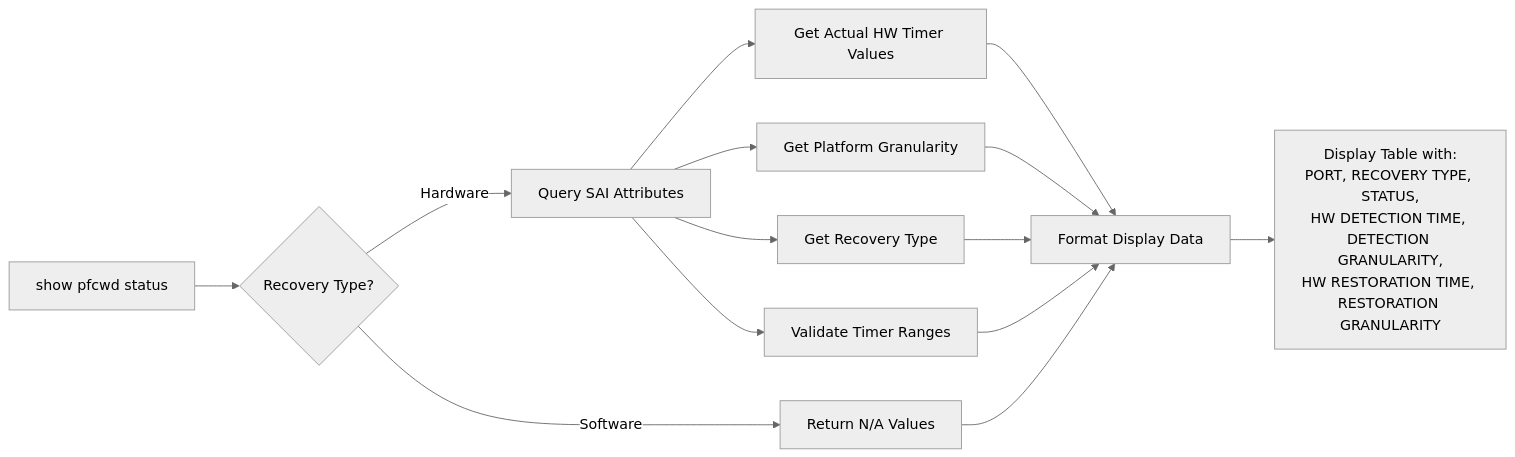
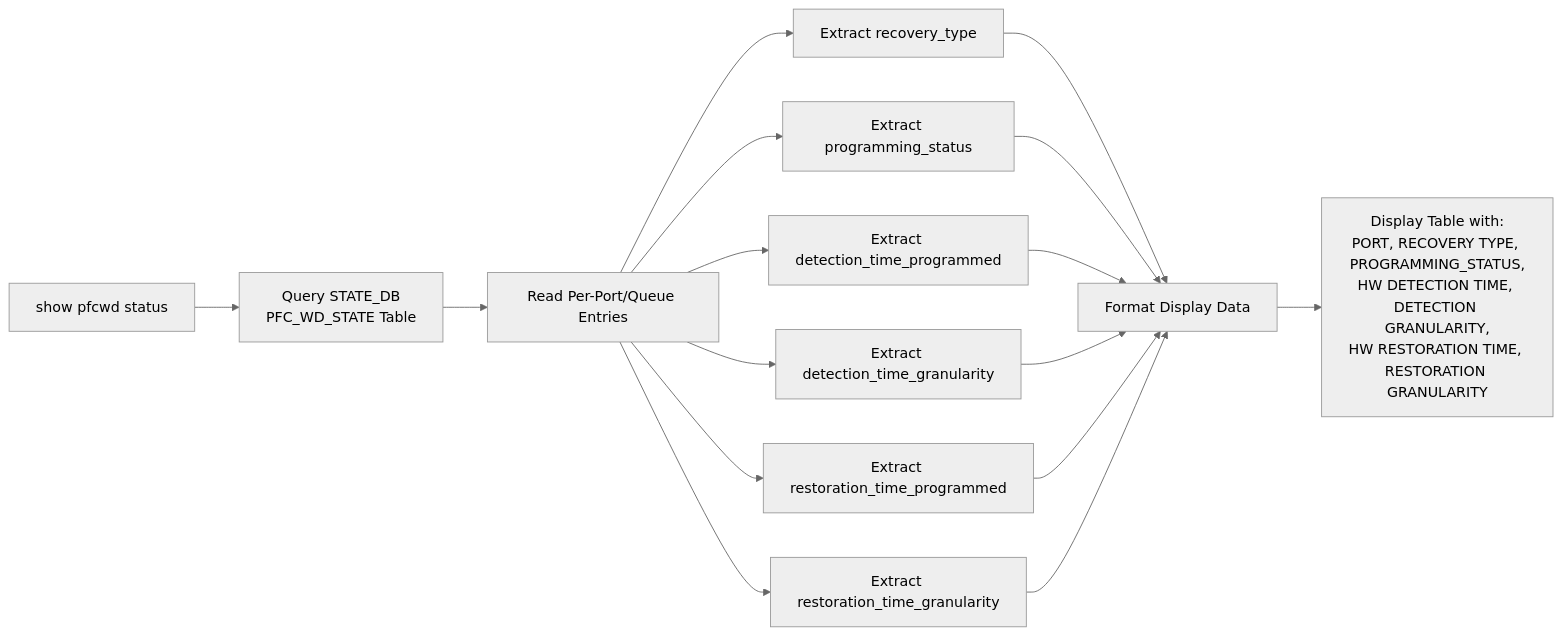
The third of 3 diagrams in doc/pfcwd/pfc_hardware_recovery_hld.md (sonic-net/SONiC), drawn with Mermaid (neutral theme) before and after one commit. The commit also changed other lines of this file, not shown here.

First line of the commit message:
Add STATE_DB schema and SDK/hardware responsibilities to PFC Watchdog HLD

````diff
--- a/doc/pfcwd/pfc_hardware_recovery_hld.md
+++ b/doc/pfcwd/pfc_hardware_recovery_hld.md
@@ -260,20 +317,22 @@
 ```mermaid
 flowchart LR
-    A[show pfcwd status] --> B{Recovery Type?}
+    A[show pfcwd status] --> B[Query STATE_DB<br/>PFC_WD_STATE Table]
 
-    B -->|Hardware| C[Query SAI Attributes]
-    B -->|Software| D[Return N/A Values]
+    B --> C[Read Per-Port/Queue Entries]
 
-    C --> E[Get Actual HW Timer Values]
-    C --> F[Get Platform Granularity]
-    C --> G[Get Recovery Type]
-    C --> J[Validate Timer Ranges]
+    C --> D[Extract recovery_type]
+    C --> E[Extract programming_status]
+    C --> F[Extract detection_time_programmed]
+    C --> G[Extract detection_time_granularity]
+    C --> H[Extract restoration_time_programmed]
+    C --> I[Extract restoration_time_granularity]
 
-    E --> H[Format Display Data]
-    F --> H
-    G --> H
-    J --> H
-    D --> H
+    D --> L[Format Display Data]
+    E --> L
+    F --> L
+    G --> L
+    H --> L
+    I --> L
 
-    H --> I[Display Table with:<br/>PORT, RECOVERY TYPE, STATUS,<br/>HW DETECTION TIME, DETECTION GRANULARITY,<br/>HW RESTORATION TIME, RESTORATION GRANULARITY]
+    L --> M[Display Table with:<br/>PORT, RECOVERY TYPE, PROGRAMMING_STATUS,<br/>HW DETECTION TIME, DETECTION GRANULARITY,<br/>HW RESTORATION TIME, RESTORATION GRANULARITY]
 ```
````
